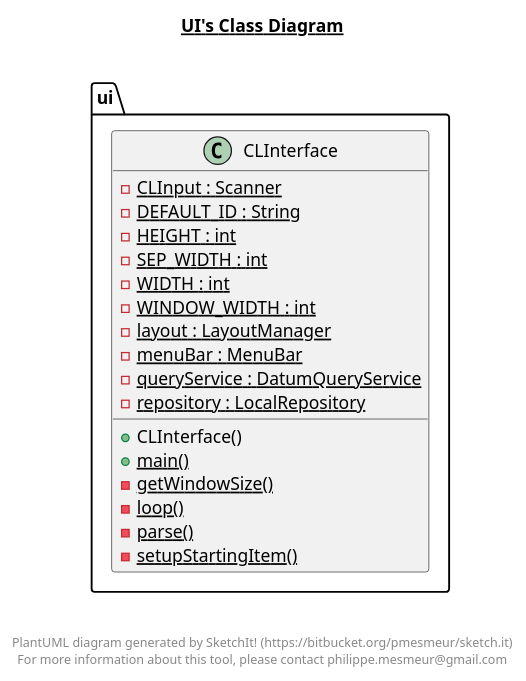
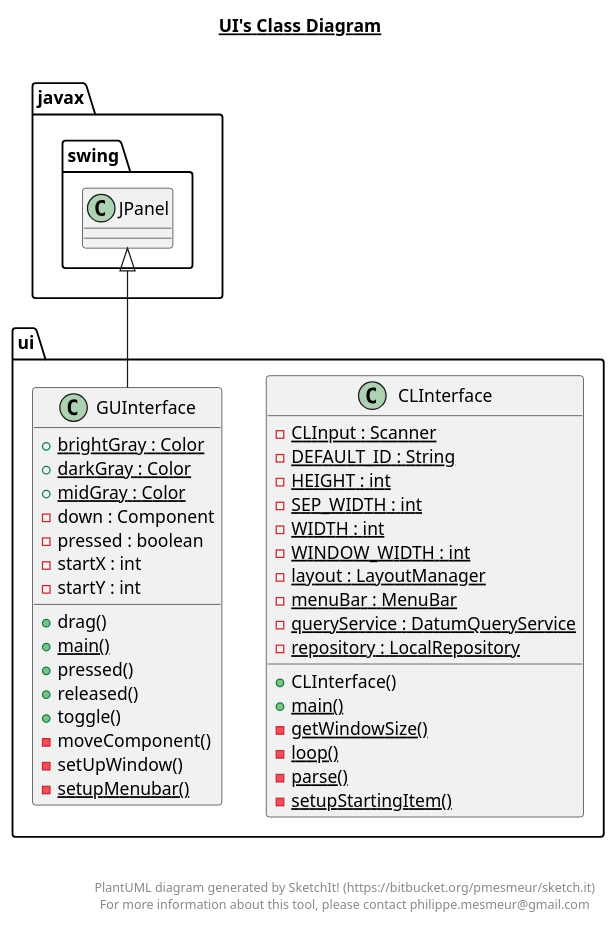
The diagram in out/production/Project-Starter/ui/ui.plantuml (Bryce-MW/WikidataExplorer), drawn with PlantUML before and after one commit. The commit also changed 71 other files, not shown here.

```diff
--- a/out/production/Project-Starter/ui/ui.plantuml
+++ b/out/production/Project-Starter/ui/ui.plantuml
@@ -1,36 +1,58 @@
 @startuml
 
 title __UI's Class Diagram__\n
 
   namespace ui {
     class ui.CLInterface {
         {static} - CLInput : Scanner
         {static} - DEFAULT_ID : String
         {static} - HEIGHT : int
         {static} - SEP_WIDTH : int
         {static} - WIDTH : int
         {static} - WINDOW_WIDTH : int
         {static} - layout : LayoutManager
         {static} - menuBar : MenuBar
         {static} - queryService : DatumQueryService
         {static} - repository : LocalRepository
         + CLInterface()
         {static} + main()
         {static} - getWindowSize()
         {static} - loop()
         {static} - parse()
         {static} - setupStartingItem()
     }
   }
   
 
+  namespace ui {
+    class ui.GUInterface {
+        {static} + brightGray : Color
+        {static} + darkGray : Color
+        {static} + midGray : Color
+        - down : Component
+        - pressed : boolean
+        - startX : int
+        - startY : int
+        + drag()
+        {static} + main()
+        + pressed()
+        + released()
+        + toggle()
+        - moveComponent()
+        - setUpWindow()
+        {static} - setupMenubar()
+    }
+  }
+  
+
+  ui.GUInterface -up-|> javax.swing.JPanel
 
 
 right footer
 
 
 PlantUML diagram generated by SketchIt! (https://bitbucket.org/pmesmeur/sketch.it)
 For more information about this tool, please contact philippe.mesmeur@gmail.com
 endfooter
 
 @enduml
```
